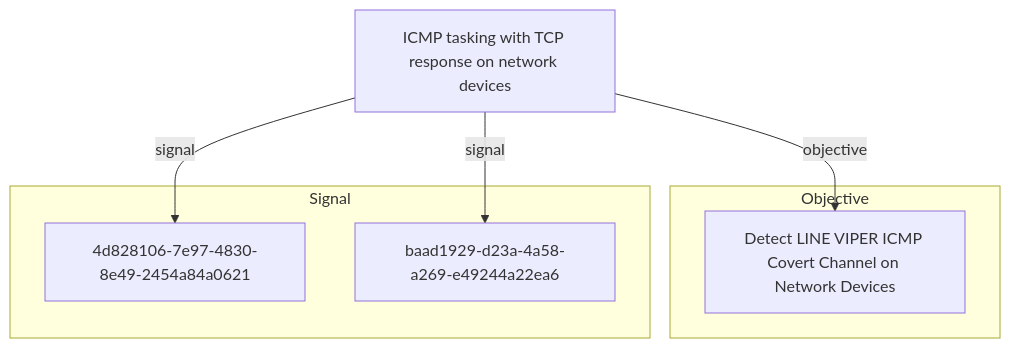
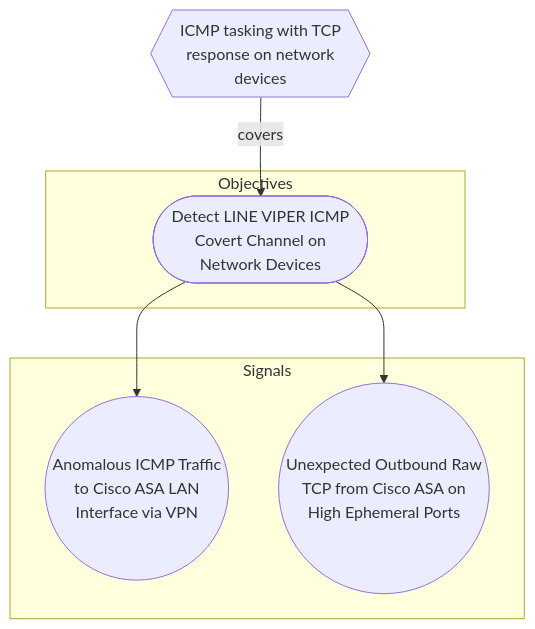
One commit to opentidehq/library changed the second of 2 diagrams in docs/threats/icmp-tasking-with-tcp-response-on-network-devices.md. Above: the diagram before and after it, drawn with Mermaid. The commit also changed other lines of this file and 540 other files, not shown here.

````diff
--- a/docs/threats/icmp-tasking-with-tcp-response-on-network-devices.md
+++ b/docs/threats/icmp-tasking-with-tcp-response-on-network-devices.md
@@ -179,14 +199,14 @@
 ```mermaid
 flowchart TB
-subgraph "Objective"
-d8372ac1_2740_4cb2_b834_2e1622380b7b["Detect LINE VIPER ICMP Covert Channel on Network Devices"]
+subgraph "Objectives"
+d8372ac1_2740_4cb2_b834_2e1622380b7b(["Detect LINE VIPER ICMP<br>Covert Channel on<br>Network Devices"])
 end
-subgraph "Signal"
-4d828106_7e97_4830_8e49_2454a84a0621["4d828106-7e97-4830-8e49-2454a84a0621"]
-baad1929_d23a_4a58_a269_e49244a22ea6["baad1929-d23a-4a58-a269-e49244a22ea6"]
+subgraph "Signals"
+baad1929_d23a_4a58_a269_e49244a22ea6(("Anomalous ICMP Traffic<br>to Cisco ASA LAN<br>Interface via VPN"))
+4d828106_7e97_4830_8e49_2454a84a0621(("Unexpected Outbound Raw<br>TCP from Cisco ASA on<br>High Ephemeral Ports"))
 end
-2a5faf22_c526_4d49_81b9_6a7b895de58b["ICMP tasking with TCP response on network devices"]
-2a5faf22_c526_4d49_81b9_6a7b895de58b -->|objective| d8372ac1_2740_4cb2_b834_2e1622380b7b
-2a5faf22_c526_4d49_81b9_6a7b895de58b -->|signal| 4d828106_7e97_4830_8e49_2454a84a0621
-2a5faf22_c526_4d49_81b9_6a7b895de58b -->|signal| baad1929_d23a_4a58_a269_e49244a22ea6
+2a5faf22_c526_4d49_81b9_6a7b895de58b{{"ICMP tasking with TCP<br>response on network<br>devices"}}
+2a5faf22_c526_4d49_81b9_6a7b895de58b -->|covers| d8372ac1_2740_4cb2_b834_2e1622380b7b
+d8372ac1_2740_4cb2_b834_2e1622380b7b --> baad1929_d23a_4a58_a269_e49244a22ea6
+d8372ac1_2740_4cb2_b834_2e1622380b7b --> 4d828106_7e97_4830_8e49_2454a84a0621
 ```
````
